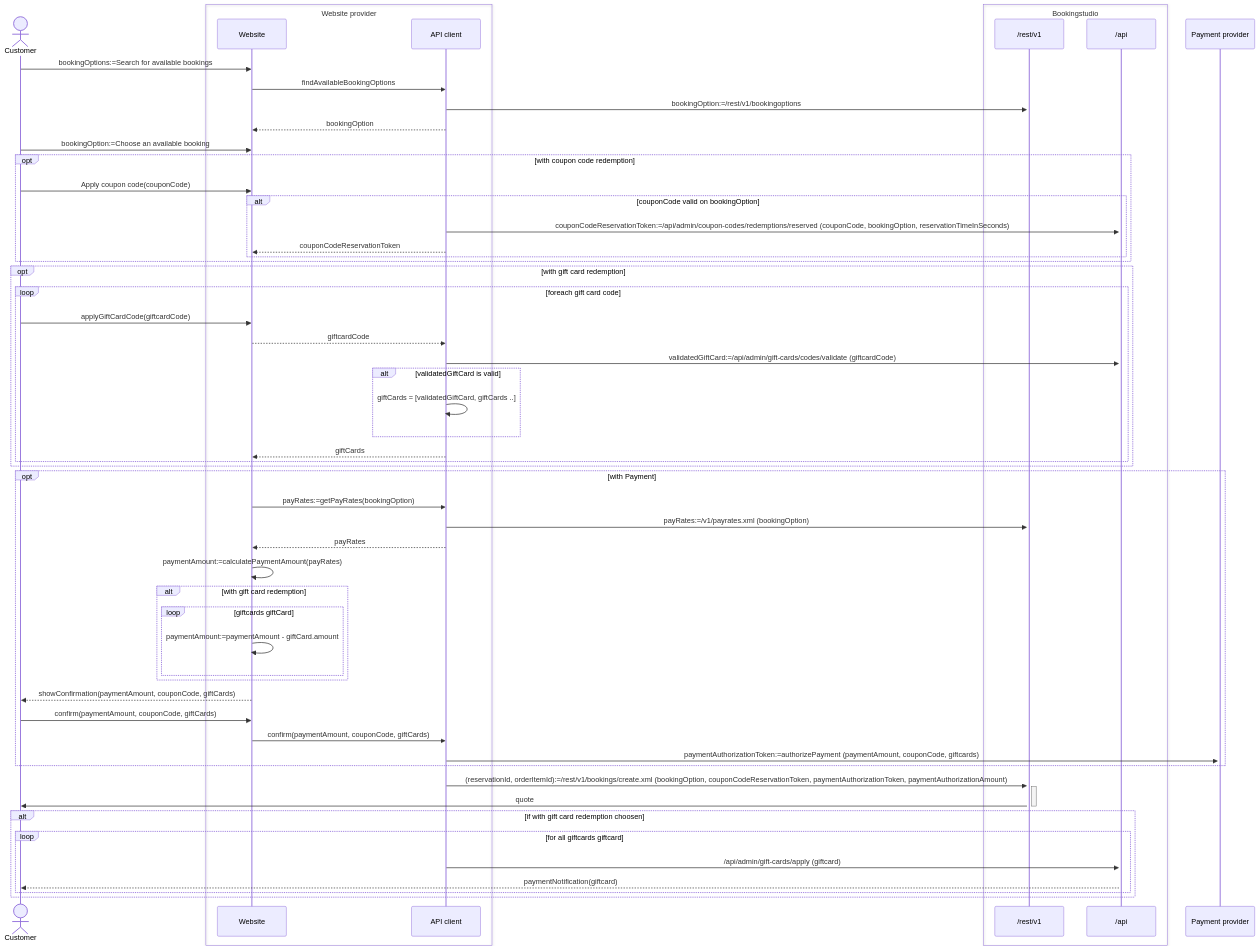
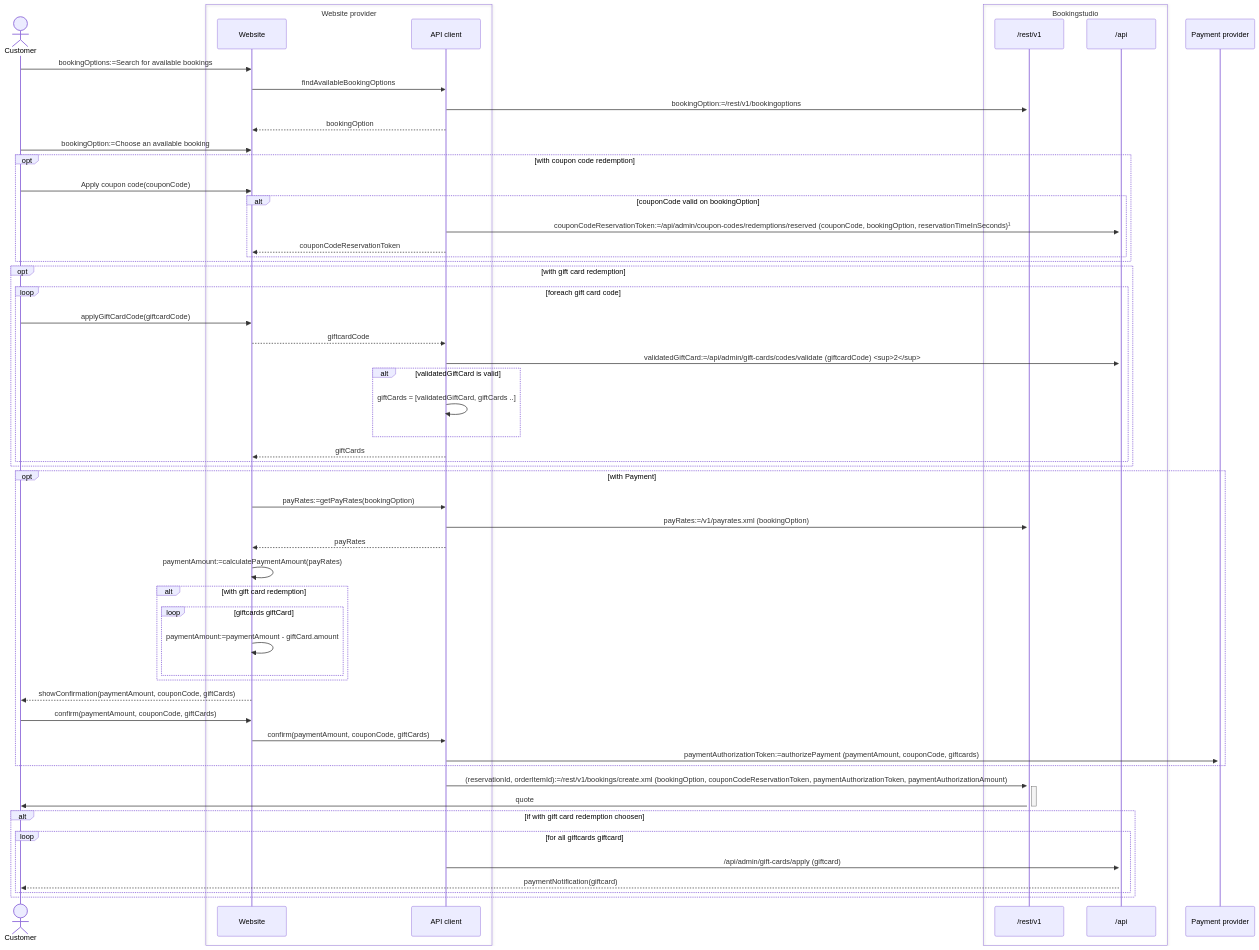
One commit to BookingStudio/BookingStudio-Public-API-Docs changed the diagram in developer-guides/coupon-codes/readme.md. Above: the diagram before and after it, drawn with Mermaid.

Commit message:
Footnotes in mermaid

````diff
--- a/developer-guides/coupon-codes/readme.md
+++ b/developer-guides/coupon-codes/readme.md
@@ -6,59 +6,59 @@
 ``` mermaid
 sequenceDiagram
     actor c as Customer
     box Website provider
     participant w as Website
     participant cl as API client
     end
     box Bookingstudio
     participant v1 as /rest/v1
     participant ma as /api
     end
     participant pp as Payment provider
     c->>w: bookingOptions:=Search for available bookings
     w->>cl: findAvailableBookingOptions
     cl->>+v1: bookingOption:=/rest/v1/bookingoptions
     cl-->>w: bookingOption
     c->>w: bookingOption:=Choose an available booking
     opt with coupon code redemption
     c->>w: Apply coupon code(couponCode)
     alt couponCode valid on bookingOption
-    cl->>+ma: couponCodeReservationToken:=/api/admin/coupon-codes/redemptions/reserved (couponCode, bookingOption, reservationTimeInSeconds)
+    cl->>+ma: couponCodeReservationToken:=/api/admin/coupon-codes/redemptions/reserved (couponCode, bookingOption, reservationTimeInSeconds)¹
     cl-->>w: couponCodeReservationToken
     end
     end
     opt with gift card redemption
     loop foreach gift card code
     c->>w: applyGiftCardCode(giftcardCode)
     w-->>cl: giftcardCode
-    cl->>ma: validatedGiftCard:=/api/admin/gift-cards/codes/validate (giftcardCode)
+    cl->>ma: validatedGiftCard:=/api/admin/gift-cards/codes/validate (giftcardCode) <sup>2</sup>
     alt validatedGiftCard is valid
     cl->>cl: giftCards = [validatedGiftCard, giftCards ..]
     end
     cl-->>w: giftCards
     end
     end
     opt with Payment
     w->>cl: payRates:=getPayRates(bookingOption)
     cl->>+v1: payRates:=/v1/payrates.xml (bookingOption)
     cl-->>w: payRates
     w->>w: paymentAmount:=calculatePaymentAmount(payRates)
     alt with gift card redemption
     loop giftcards giftCard
     w->>w: paymentAmount:=paymentAmount - giftCard.amount
     end
     end
     w-->>c: showConfirmation(paymentAmount, couponCode, giftCards)
     c->>w: confirm(paymentAmount, couponCode, giftCards)
     w->>cl: confirm(paymentAmount, couponCode, giftCards)
     cl->>+pp: paymentAuthorizationToken:=authorizePayment (paymentAmount, couponCode, giftcards)
     end 
     cl->>+v1: (reservationId, orderItemId):=/rest/v1/bookings/create.xml (bookingOption, couponCodeReservationToken, paymentAuthorizationToken, paymentAuthorizationAmount)
     v1->>-c: quote 
     alt if with gift card redemption choosen
     loop for all giftcards giftcard
     cl->>+ma: /api/admin/gift-cards/apply (giftcard)
     ma-->>c: paymentNotification(giftcard)
     end
     end
 ```
````
